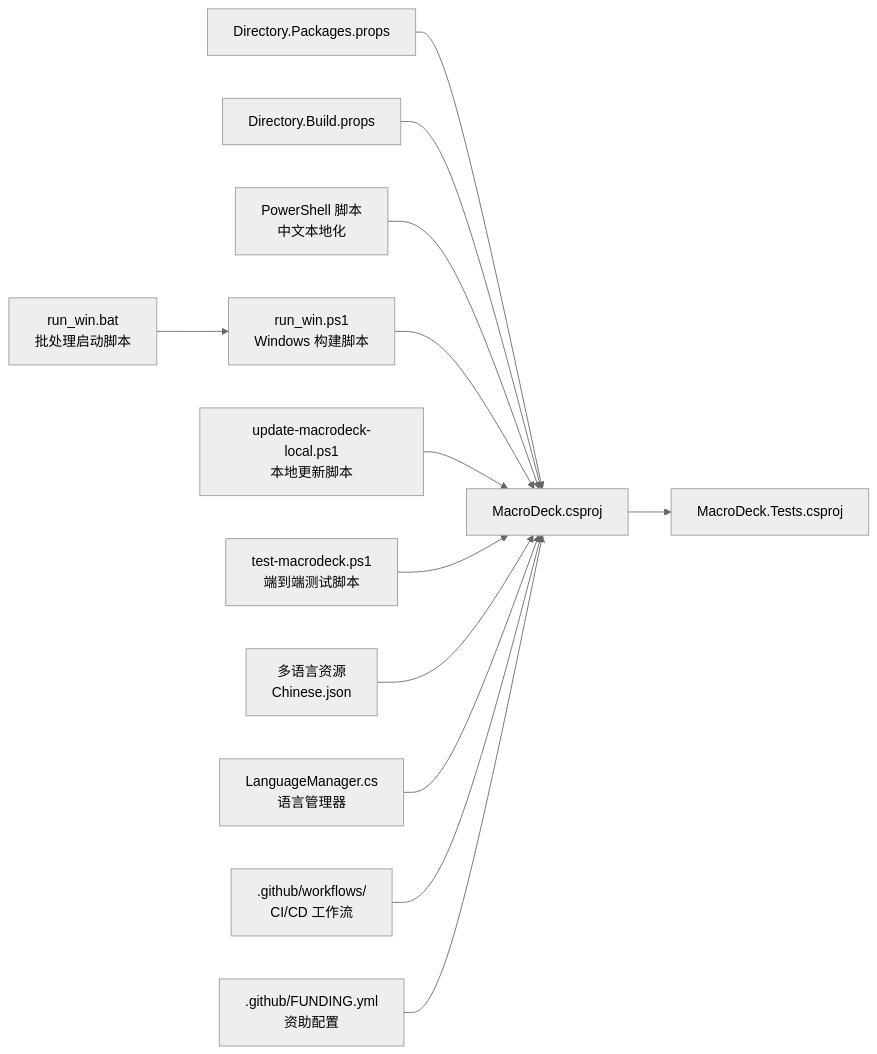
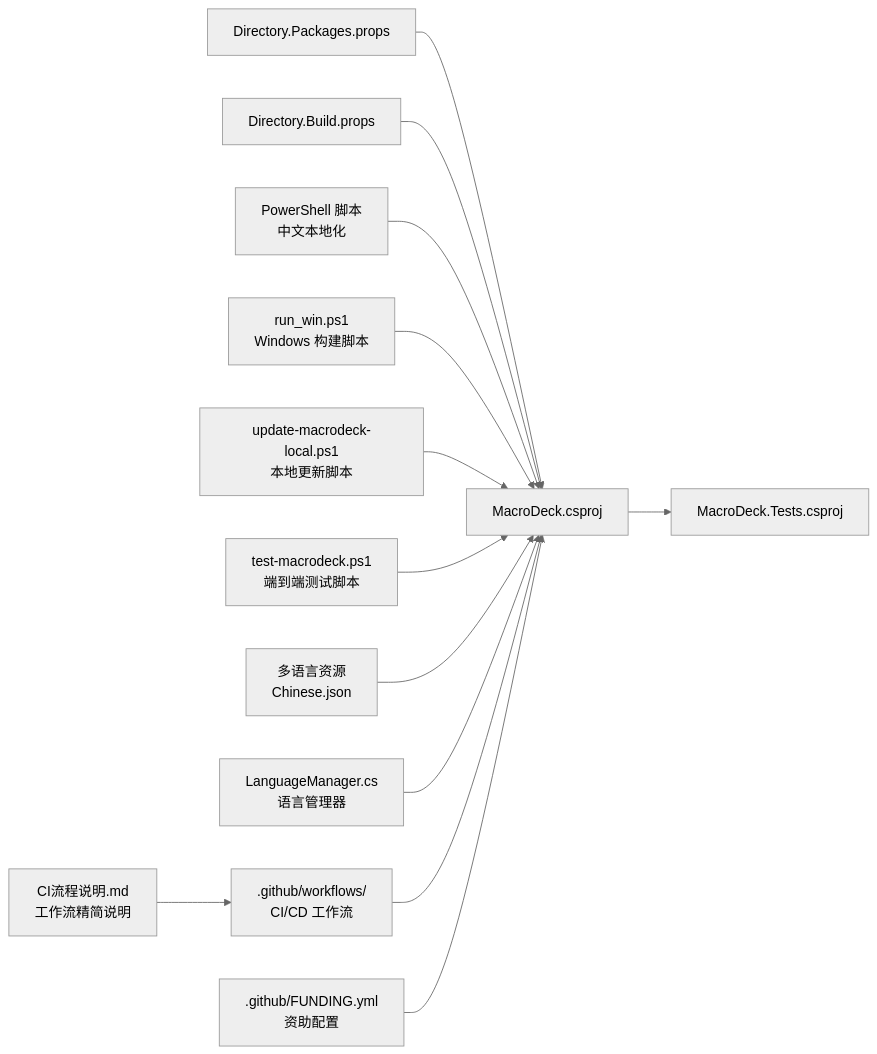
The third of 5 diagrams in .qoder/repowiki/zh/content/开发者指南/开发者指南.md (tea4go/Macro-Deck), drawn with Mermaid (neutral theme) before and after one commit. The commit also changed other lines of this file and 63 other files, not shown here.

````diff
--- a/.qoder/repowiki/zh/content/开发者指南/开发者指南.md
+++ b/.qoder/repowiki/zh/content/开发者指南/开发者指南.md
@@ -243,28 +240,28 @@
 ```mermaid
 graph LR
 AppProj["MacroDeck.csproj"]
 TestProj["MacroDeck.Tests.csproj"]
 CentralProps["Directory.Packages.props"]
 BuildProps["Directory.Build.props"]
 PScripts["PowerShell 脚本<br/>中文本地化"]
 RunWin["run_win.ps1<br/>Windows 构建脚本"]
 UpdateLocal["update-macrodeck-local.ps1<br/>本地更新脚本"]
 TestScript["test-macrodeck.ps1<br/>端到端测试脚本"]
-RunBat["run_win.bat<br/>批处理启动脚本"]
 Localize["多语言资源<br/>Chinese.json"]
 GHWorkflow[".github/workflows/<br/>CI/CD 工作流"]
+CIInfo["CI流程说明.md<br/>工作流精简说明"]
 Funding[".github/FUNDING.yml<br/>资助配置"]
 LanguageMgr["LanguageManager.cs<br/>语言管理器"]
 CentralProps --> AppProj
 BuildProps --> AppProj
 AppProj --> TestProj
 PScripts --> AppProj
 RunWin --> AppProj
 UpdateLocal --> AppProj
 TestScript --> AppProj
-RunBat --> RunWin
 Localize --> AppProj
 LanguageMgr --> AppProj
 GHWorkflow --> AppProj
+CIInfo --> GHWorkflow
 Funding --> AppProj
 ```
````
